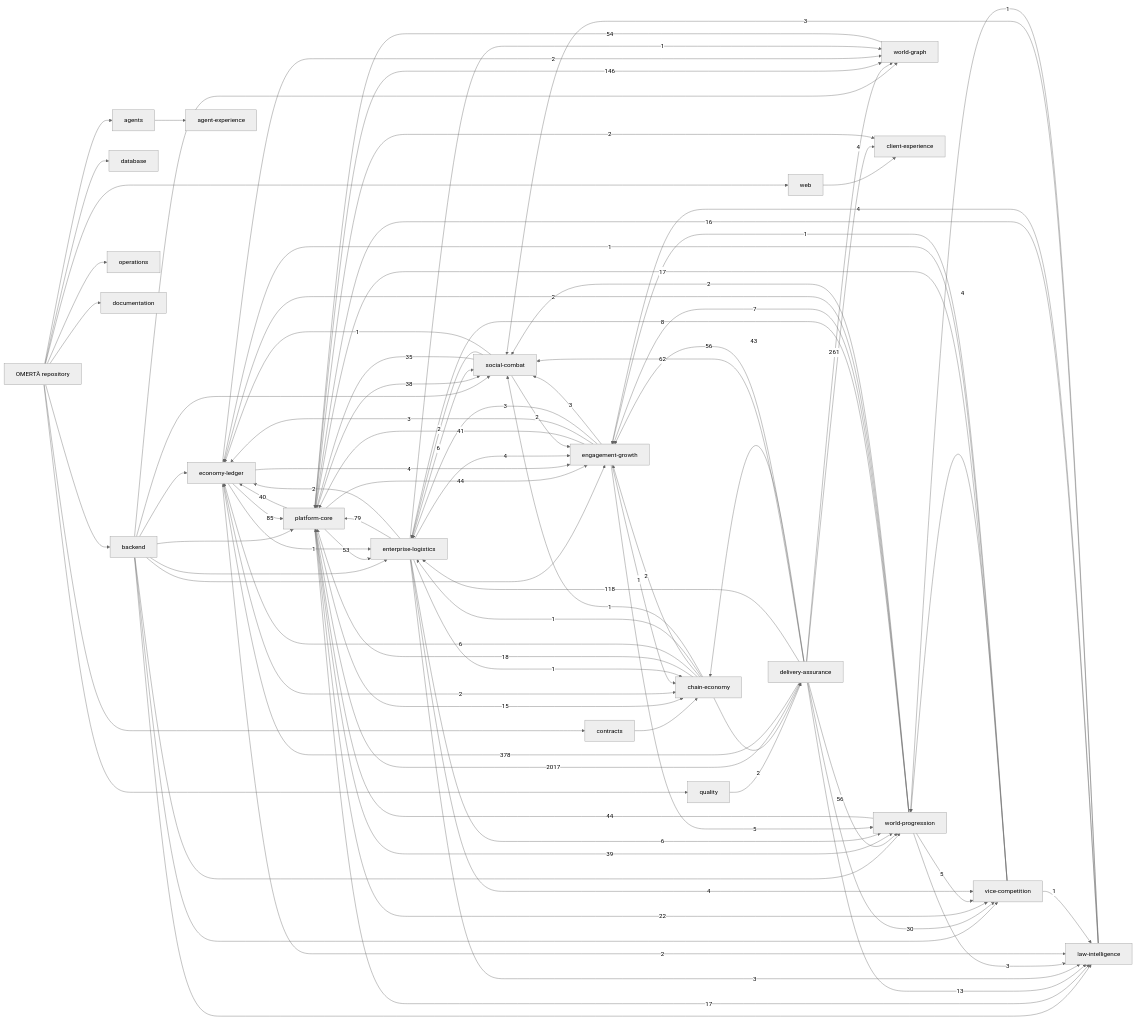
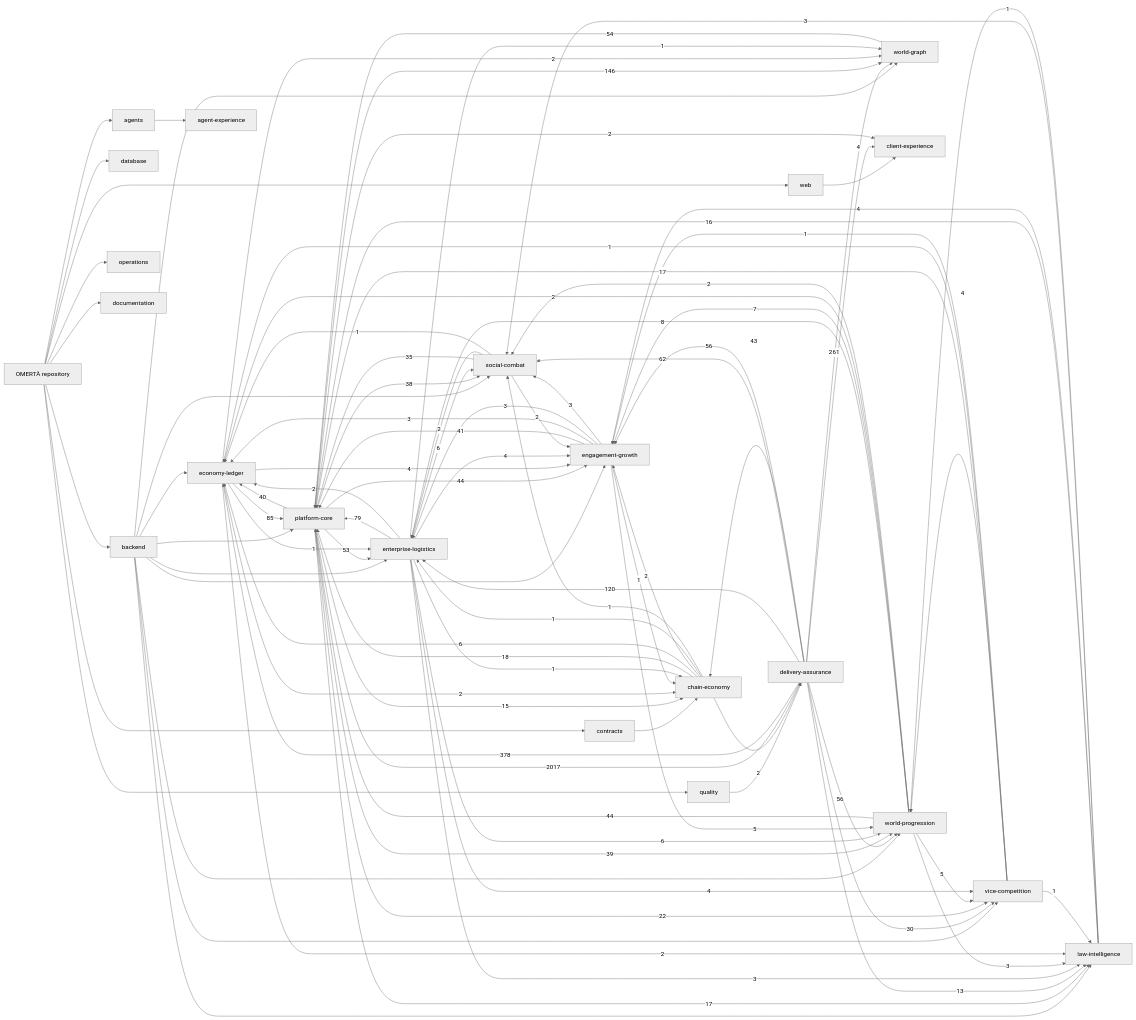
The diagram in knowledge/generated/graph.mmd (OmertaDev/Omerta), drawn with Mermaid (neutral theme) before and after one commit. The commit also changed 5 other files, not shown here.

```diff
--- a/knowledge/generated/graph.mmd
+++ b/knowledge/generated/graph.mmd
@@ -1,113 +1,113 @@
 flowchart LR
   repo["OMERTÀ repository"]
   sub_backend["backend"]
   repo --> sub_backend
   sub_database["database"]
   repo --> sub_database
   sub_web["web"]
   repo --> sub_web
   sub_contracts["contracts"]
   repo --> sub_contracts
   sub_agents["agents"]
   repo --> sub_agents
   sub_quality["quality"]
   repo --> sub_quality
   sub_operations["operations"]
   repo --> sub_operations
   sub_documentation["documentation"]
   repo --> sub_documentation
   dom_platform-core["platform-core"]
   dom_economy-ledger["economy-ledger"]
   dom_social-combat["social-combat"]
   dom_world-progression["world-progression"]
   dom_world-graph["world-graph"]
   dom_enterprise-logistics["enterprise-logistics"]
   dom_vice-competition["vice-competition"]
   dom_law-intelligence["law-intelligence"]
   dom_chain-economy["chain-economy"]
   dom_engagement-growth["engagement-growth"]
   dom_client-experience["client-experience"]
   dom_agent-experience["agent-experience"]
   dom_delivery-assurance["delivery-assurance"]
   sub_agents --> dom_agent-experience
   sub_backend --> dom_economy-ledger
   sub_backend --> dom_engagement-growth
   sub_backend --> dom_enterprise-logistics
   sub_backend --> dom_law-intelligence
   sub_backend --> dom_platform-core
   sub_backend --> dom_social-combat
   sub_backend --> dom_vice-competition
   sub_backend --> dom_world-graph
   sub_backend --> dom_world-progression
   sub_contracts --> dom_chain-economy
   sub_quality --> dom_delivery-assurance
   sub_web --> dom_client-experience
   dom_delivery-assurance -->|2017| dom_platform-core
   dom_delivery-assurance -->|378| dom_economy-ledger
   dom_delivery-assurance -->|261| dom_world-graph
   dom_platform-core -->|146| dom_world-graph
-  dom_delivery-assurance -->|118| dom_enterprise-logistics
+  dom_delivery-assurance -->|120| dom_enterprise-logistics
   dom_economy-ledger -->|85| dom_platform-core
   dom_enterprise-logistics -->|79| dom_platform-core
   dom_delivery-assurance -->|62| dom_social-combat
   dom_delivery-assurance -->|56| dom_engagement-growth
   dom_delivery-assurance -->|56| dom_world-progression
   dom_world-graph -->|54| dom_platform-core
   dom_platform-core -->|53| dom_enterprise-logistics
   dom_platform-core -->|44| dom_engagement-growth
   dom_world-progression -->|44| dom_platform-core
   dom_delivery-assurance -->|43| dom_chain-economy
   dom_engagement-growth -->|41| dom_platform-core
   dom_platform-core -->|40| dom_economy-ledger
   dom_platform-core -->|39| dom_world-progression
   dom_platform-core -->|38| dom_social-combat
   dom_social-combat -->|35| dom_platform-core
   dom_delivery-assurance -->|30| dom_vice-competition
   dom_platform-core -->|22| dom_vice-competition
   dom_chain-economy -->|18| dom_platform-core
   dom_platform-core -->|17| dom_law-intelligence
   dom_vice-competition -->|17| dom_platform-core
   dom_law-intelligence -->|16| dom_platform-core
   dom_platform-core -->|15| dom_chain-economy
   dom_delivery-assurance -->|13| dom_law-intelligence
   dom_world-progression -->|8| dom_enterprise-logistics
   dom_world-progression -->|7| dom_engagement-growth
   dom_chain-economy -->|6| dom_economy-ledger
   dom_enterprise-logistics -->|6| dom_social-combat
   dom_enterprise-logistics -->|6| dom_world-progression
   dom_engagement-growth -->|5| dom_world-progression
   dom_world-progression -->|5| dom_vice-competition
   dom_delivery-assurance -->|4| dom_client-experience
   dom_economy-ledger -->|4| dom_engagement-growth
   dom_enterprise-logistics -->|4| dom_engagement-growth
   dom_enterprise-logistics -->|4| dom_vice-competition
   dom_law-intelligence -->|4| dom_engagement-growth
   dom_vice-competition -->|4| dom_world-progression
   dom_engagement-growth -->|3| dom_economy-ledger
   dom_engagement-growth -->|3| dom_enterprise-logistics
   dom_engagement-growth -->|3| dom_social-combat
   dom_enterprise-logistics -->|3| dom_law-intelligence
   dom_law-intelligence -->|3| dom_social-combat
   dom_world-progression -->|3| dom_law-intelligence
   dom_chain-economy -->|2| dom_delivery-assurance
   dom_chain-economy -->|2| dom_engagement-growth
   dom_economy-ledger -->|2| dom_chain-economy
   dom_economy-ledger -->|2| dom_law-intelligence
   dom_economy-ledger -->|2| dom_world-graph
   dom_enterprise-logistics -->|2| dom_economy-ledger
   dom_platform-core -->|2| dom_client-experience
   dom_social-combat -->|2| dom_engagement-growth
   dom_social-combat -->|2| dom_enterprise-logistics
   dom_world-progression -->|2| dom_economy-ledger
   dom_world-progression -->|2| dom_social-combat
   dom_chain-economy -->|1| dom_enterprise-logistics
   dom_chain-economy -->|1| dom_social-combat
   dom_economy-ledger -->|1| dom_enterprise-logistics
   dom_engagement-growth -->|1| dom_chain-economy
   dom_enterprise-logistics -->|1| dom_chain-economy
   dom_enterprise-logistics -->|1| dom_world-graph
   dom_law-intelligence -->|1| dom_world-progression
   dom_social-combat -->|1| dom_economy-ledger
   dom_vice-competition -->|1| dom_economy-ledger
   dom_vice-competition -->|1| dom_engagement-growth
   dom_vice-competition -->|1| dom_law-intelligence
```
